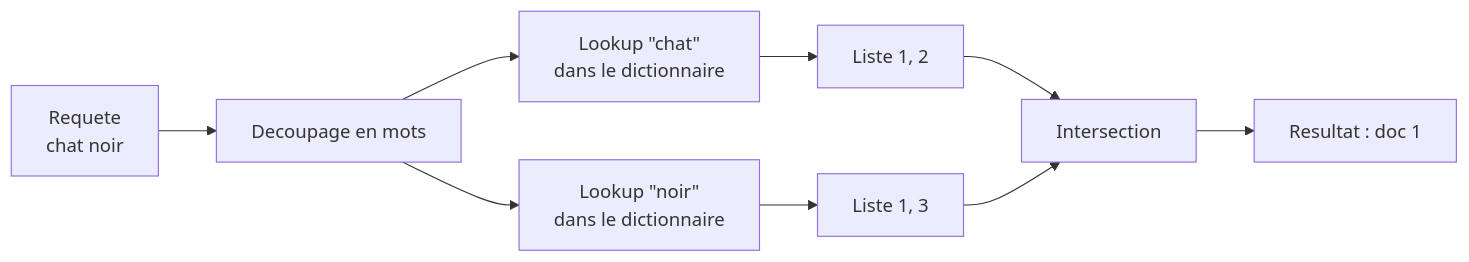
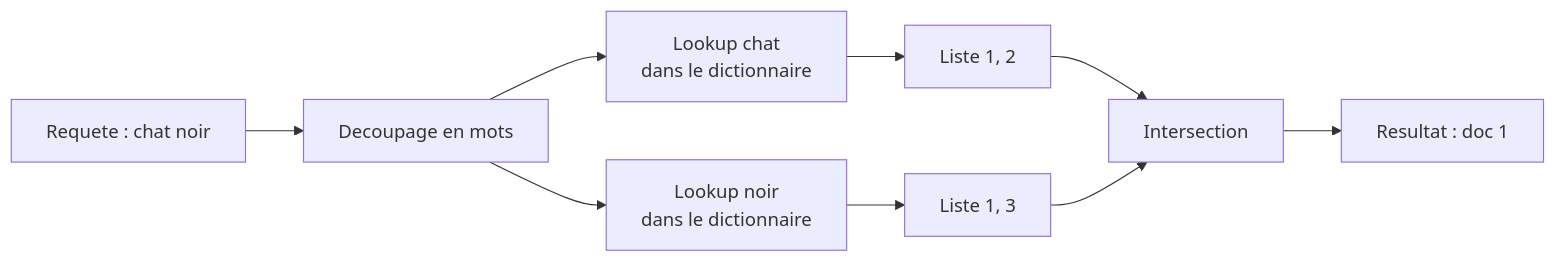
The third of 9 diagrams in docs2-cours1/01-introduction-elasticsearch-elk-stack.md (haythem-rehouma/Elastic-Search-0), drawn with Mermaid before and after one commit. The commit also changed other lines of this file and 49 other files, not shown here.

````diff
--- a/docs2-cours1/01-introduction-elasticsearch-elk-stack.md
+++ b/docs2-cours1/01-introduction-elasticsearch-elk-stack.md
@@ -275,11 +275,11 @@
 ```mermaid
 flowchart LR
-    Q[Requete<br/>chat noir] --> Split[Decoupage en mots]
-    Split --> A[Lookup &quot;chat&quot;<br/>dans le dictionnaire]
-    Split --> B[Lookup &quot;noir&quot;<br/>dans le dictionnaire]
-    A --> LA[Liste 1, 2]
-    B --> LB[Liste 1, 3]
-    LA --> Inter[Intersection]
+    Q["Requete : chat noir"] --> Split["Decoupage en mots"]
+    Split --> A["Lookup chat<br/>dans le dictionnaire"]
+    Split --> B["Lookup noir<br/>dans le dictionnaire"]
+    A --> LA["Liste 1, 2"]
+    B --> LB["Liste 1, 3"]
+    LA --> Inter["Intersection"]
     LB --> Inter
-    Inter --> R[Resultat : doc 1]
+    Inter --> R["Resultat : doc 1"]
 ```
````
